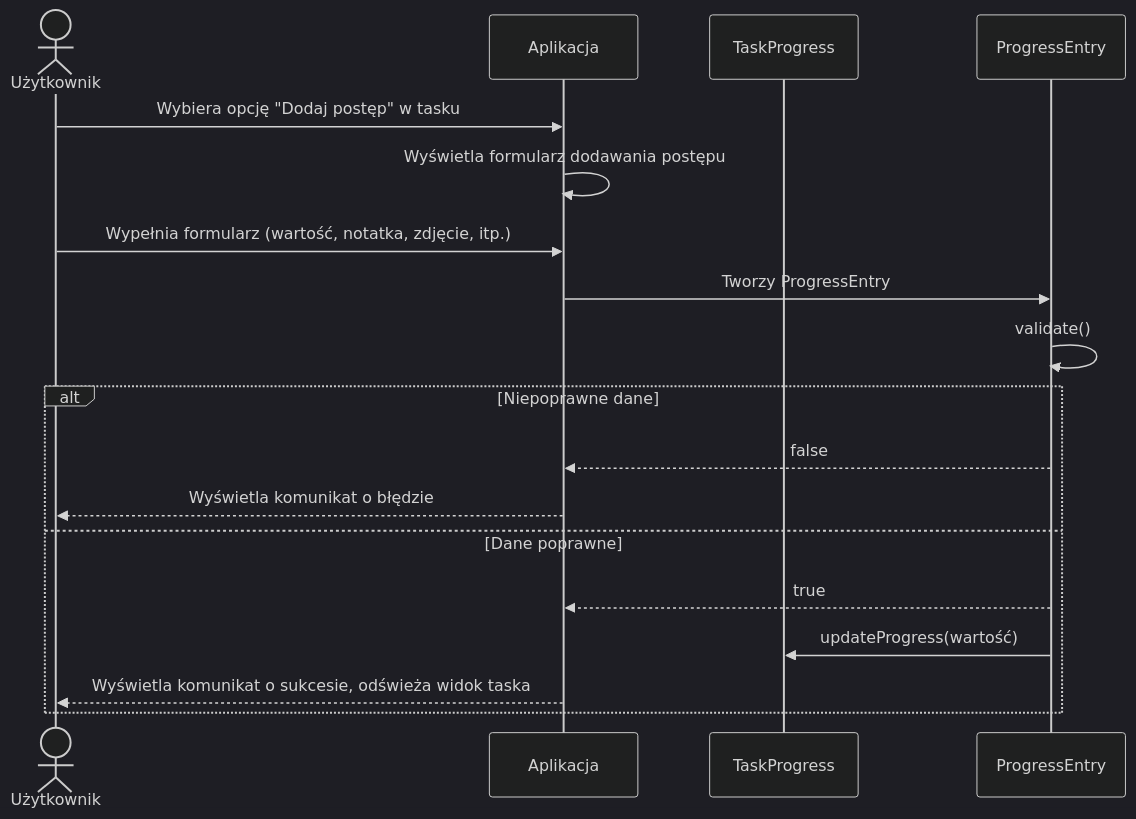
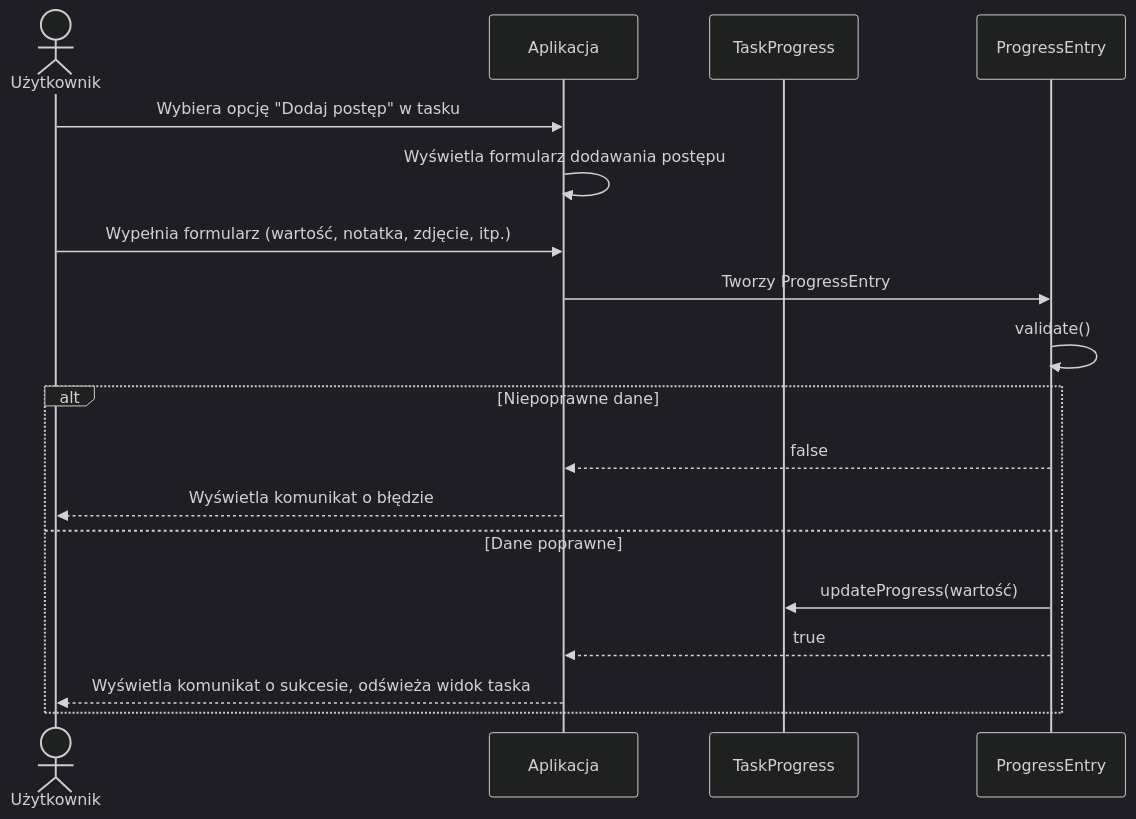
One commit to Tarnuchy/EggJob changed the diagram in docs/zadanie4/diagram-sekwencji-dodawania-progress-entry.md. Above: the diagram before and after it, drawn with Mermaid (dark theme). The commit also changed other lines of this file, not shown here.

````diff
--- a/docs/zadanie4/diagram-sekwencji-dodawania-progress-entry.md
+++ b/docs/zadanie4/diagram-sekwencji-dodawania-progress-entry.md
@@ -3,21 +3,21 @@
 ```mermaid
 sequenceDiagram
     actor U as Użytkownik
     participant UI as Aplikacja
     participant TP as TaskProgress
     participant PE as ProgressEntry
 
     U->>UI: Wybiera opcję "Dodaj postęp" w tasku
     UI->>UI: Wyświetla formularz dodawania postępu
     U->>UI: Wypełnia formularz (wartość, notatka, zdjęcie, itp.)
     UI->>PE: Tworzy ProgressEntry
     PE->>PE: validate()
     alt Niepoprawne dane
         PE-->>UI: false
         UI-->>U: Wyświetla komunikat o błędzie
     else Dane poprawne
+        PE->>TP: updateProgress(wartość)
         PE-->>UI: true
-        PE->>TP: updateProgress(wartość)
         UI-->>U: Wyświetla komunikat o sukcesie, odświeża widok taska
     end
 ```
````
